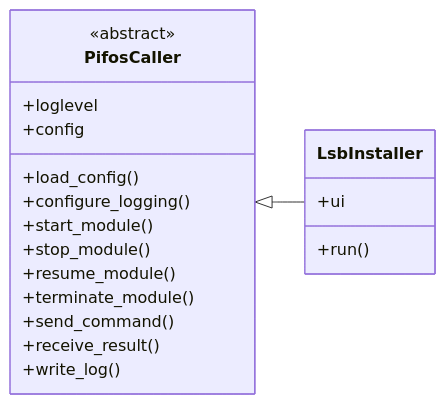
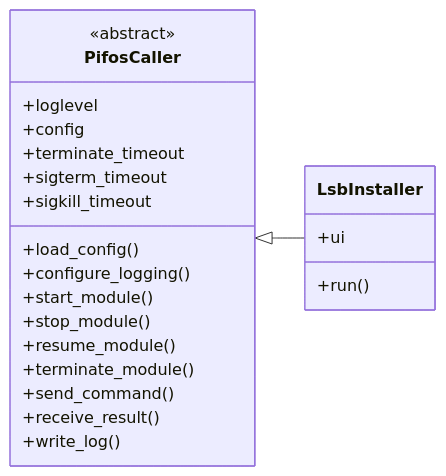
One commit to macodix/pifos changed the fifth of 7 diagrams in docs/04_implementierungsplan.md. Above: the diagram before and after it, drawn with Mermaid. The commit also changed other lines of this file, not shown here.

Commit message:
Plan: Beendigungs-Zeitlimits in Kap. 6.6 und Klassendiagramm

````diff
--- a/docs/04_implementierungsplan.md
+++ b/docs/04_implementierungsplan.md
@@ -306,25 +306,28 @@
 ```mermaid
 classDiagram
     direction LR
 
     class PifosCaller {
         <<abstract>>
         +loglevel
         +config
+        +terminate_timeout
+        +sigterm_timeout
+        +sigkill_timeout
         +load_config()
         +configure_logging()
         +start_module()
         +stop_module()
         +resume_module()
         +terminate_module()
         +send_command()
         +receive_result()
         +write_log()
     }
     class LsbInstaller {
         +ui
         +run()
     }
 
     PifosCaller <|-- LsbInstaller
 ```
````
